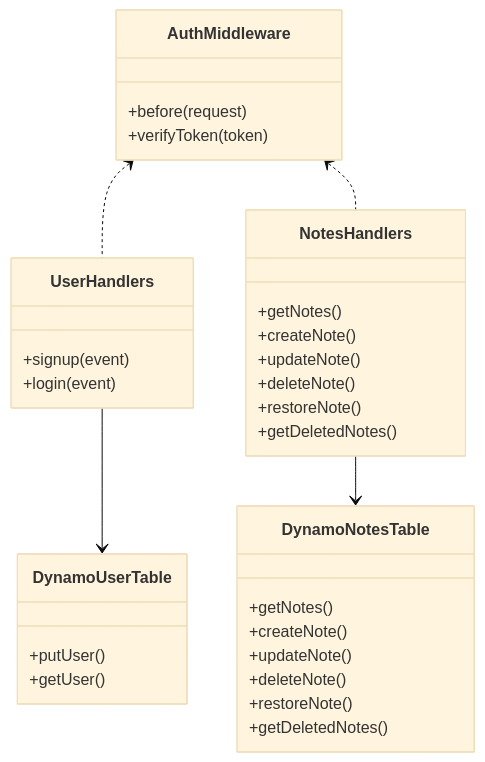
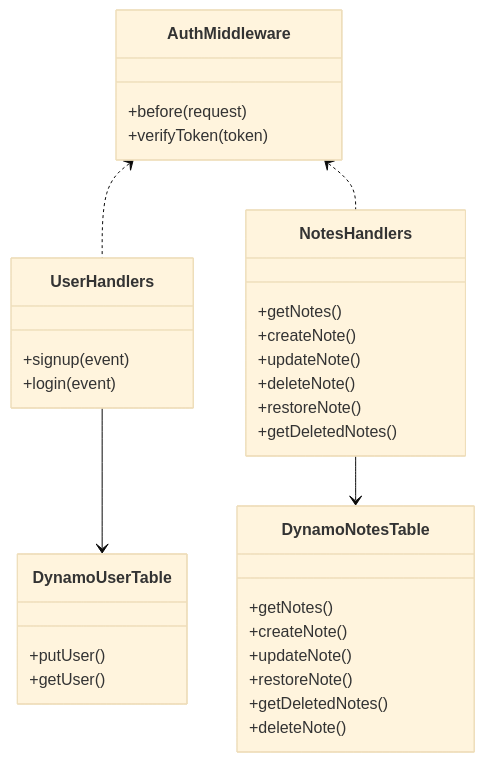
Before and after one commit to Jonasodiq/notes-api: the third of 6 diagrams in README.md, drawn with Mermaid (base theme). The commit also changed other lines of this file, not shown here.

````diff
--- a/README.md
+++ b/README.md
@@ -100,35 +100,36 @@
 ```mermaid
 classDiagram
   class AuthMiddleware {
     +before(request)
     +verifyToken(token)
   }
   class UserHandlers {
     +signup(event)
     +login(event)
   }
   class NotesHandlers {
     +getNotes()
     +createNote()
     +updateNote()
     +deleteNote()
     +restoreNote()
     +getDeletedNotes()
   }
   class DynamoUserTable {
     +putUser()
     +getUser()
   }
   class DynamoNotesTable {
     +getNotes()
     +createNote()
     +updateNote()
-    +deleteNote()
     +restoreNote()
     +getDeletedNotes()
+    +deleteNote()
   }
   AuthMiddleware <.. UserHandlers
   AuthMiddleware <.. NotesHandlers
   NotesHandlers --> DynamoNotesTable
   UserHandlers --> DynamoUserTable
+
 ```
````
